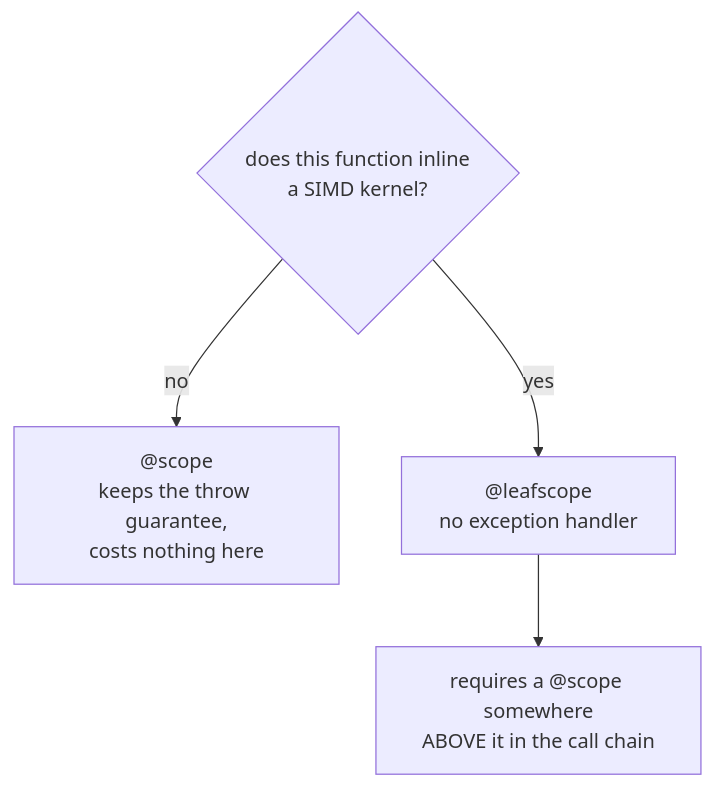
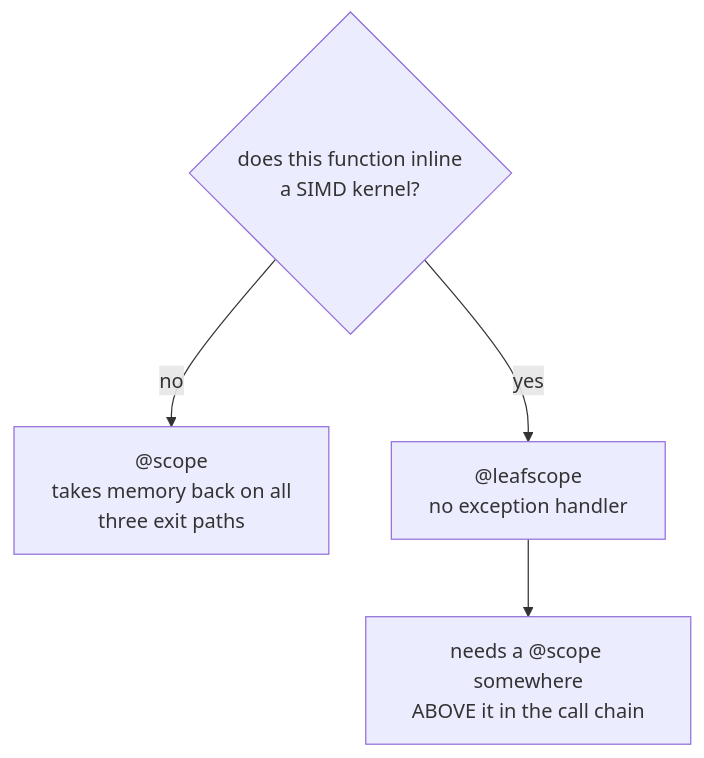
Before and after one commit to el-oso/PureBLAS.jl: the fourth of 4 diagrams in docs/src/arena.md, drawn with Mermaid. The commit also changed other lines of this file, not shown here.

````diff
--- a/docs/src/arena.md
+++ b/docs/src/arena.md
@@ -134,6 +130,6 @@
 ```mermaid
 flowchart TD
-    Q{"does this function inline<br/>a SIMD kernel?"} -- no --> S["@scope<br/>keeps the throw guarantee,<br/>costs nothing here"]
+    Q{"does this function inline<br/>a SIMD kernel?"} -- no --> S["@scope<br/>takes memory back on all<br/>three exit paths"]
     Q -- yes --> L["@leafscope<br/>no exception handler"]
-    L --> N["requires a @scope somewhere<br/>ABOVE it in the call chain"]
+    L --> N["needs a @scope somewhere<br/>ABOVE it in the call chain"]
 ```
````
